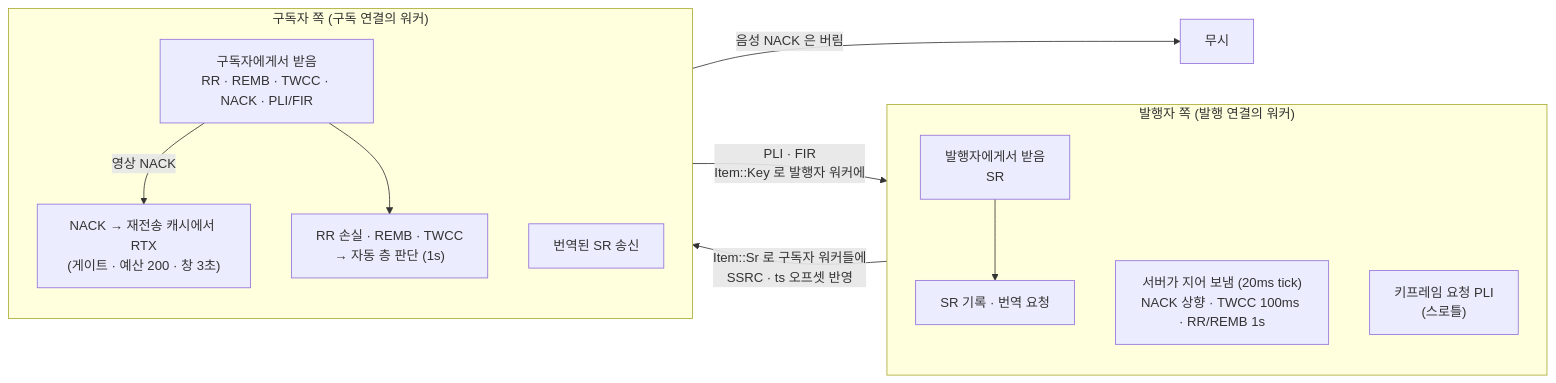
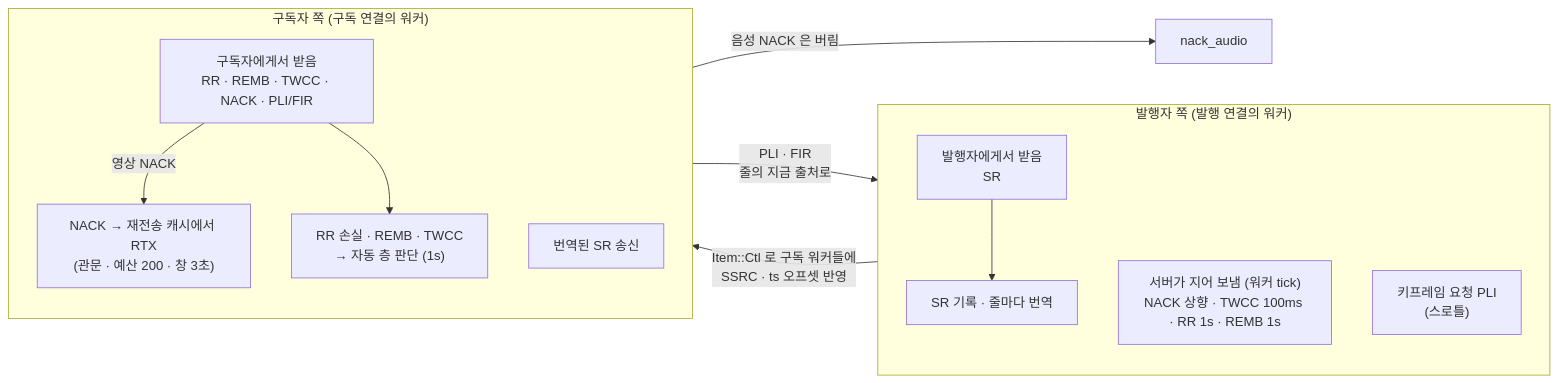
Before and after one commit to kodeholic9/oxlens-sfu: the seventh of 9 diagrams in docs/architecture.md, drawn with Mermaid. The commit also changed other lines of this file and 16 other files, not shown here.

First line of the commit message:
공개 문서 현행화 — 연동규격서 공개본 따라잡기(v1.4 이후) · 학습 문서(docs/learn) 신설 · 서버 형상(architecture.md) 40c5ce0 기준 다시 씀 · README 문서 표

````diff
--- a/docs/architecture.md
+++ b/docs/architecture.md
@@ -327,21 +334,21 @@
 ```mermaid
 flowchart LR
     subgraph PUB["발행자 쪽 (발행 연결의 워커)"]
         direction TB
-        PIN["발행자에게서 받음<br/>SR"] --> SRX["SR 기록 · 번역 요청"]
-        GEN["서버가 지어 보냄 (20ms tick)<br/>NACK 상향 · TWCC 100ms · RR/REMB 1s"]
+        PIN["발행자에게서 받음<br/>SR"] --> SRX["SR 기록 · 줄마다 번역"]
+        GEN["서버가 지어 보냄 (워커 tick)<br/>NACK 상향 · TWCC 100ms · RR 1s · REMB 1s"]
         KEY["키프레임 요청 PLI<br/>(스로틀)"]
     end
     subgraph SUB["구독자 쪽 (구독 연결의 워커)"]
         direction TB
         SIN["구독자에게서 받음<br/>RR · REMB · TWCC · NACK · PLI/FIR"]
-        RTX["NACK → 재전송 캐시에서 RTX<br/>(게이트 · 예산 200 · 창 3초)"]
+        RTX["NACK → 재전송 캐시에서 RTX<br/>(관문 · 예산 200 · 창 3초)"]
         AUTO["RR 손실 · REMB · TWCC<br/>→ 자동 층 판단 (1s)"]
         SROUT["번역된 SR 송신"]
     end
     SIN -->|"영상 NACK"| RTX
-    SIN -->|"음성 NACK 은 버림"| X["무시"]
+    SIN -->|"음성 NACK 은 버림"| X["nack_audio"]
     SIN --> AUTO
-    SIN -->|"PLI · FIR<br/>Item::Key 로 발행자 워커에"| KEY
-    SRX -->|"Item::Sr 로 구독자 워커들에<br/>SSRC · ts 오프셋 반영"| SROUT
+    SIN -->|"PLI · FIR<br/>줄의 지금 출처로"| KEY
+    SRX -->|"Item::Ctl 로 구독 워커들에<br/>SSRC · ts 오프셋 반영"| SROUT
 ```
````
